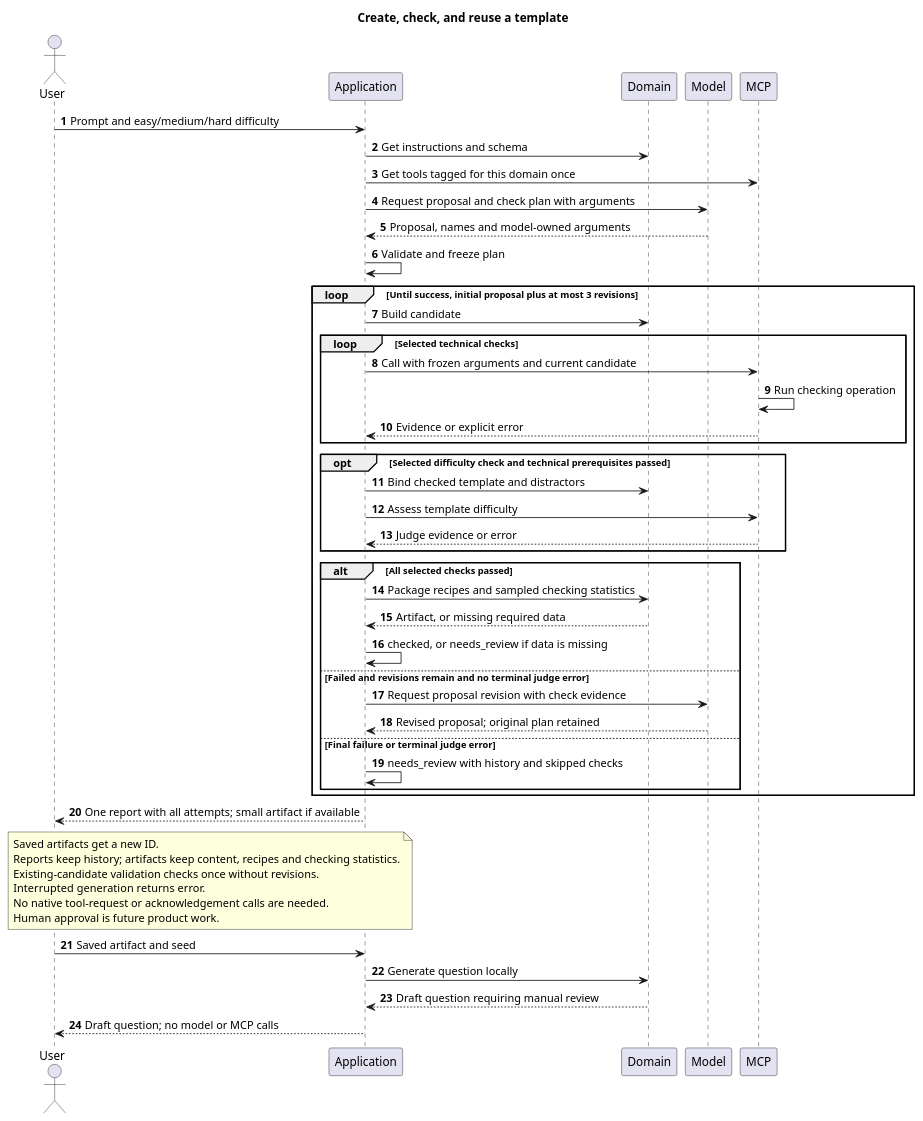
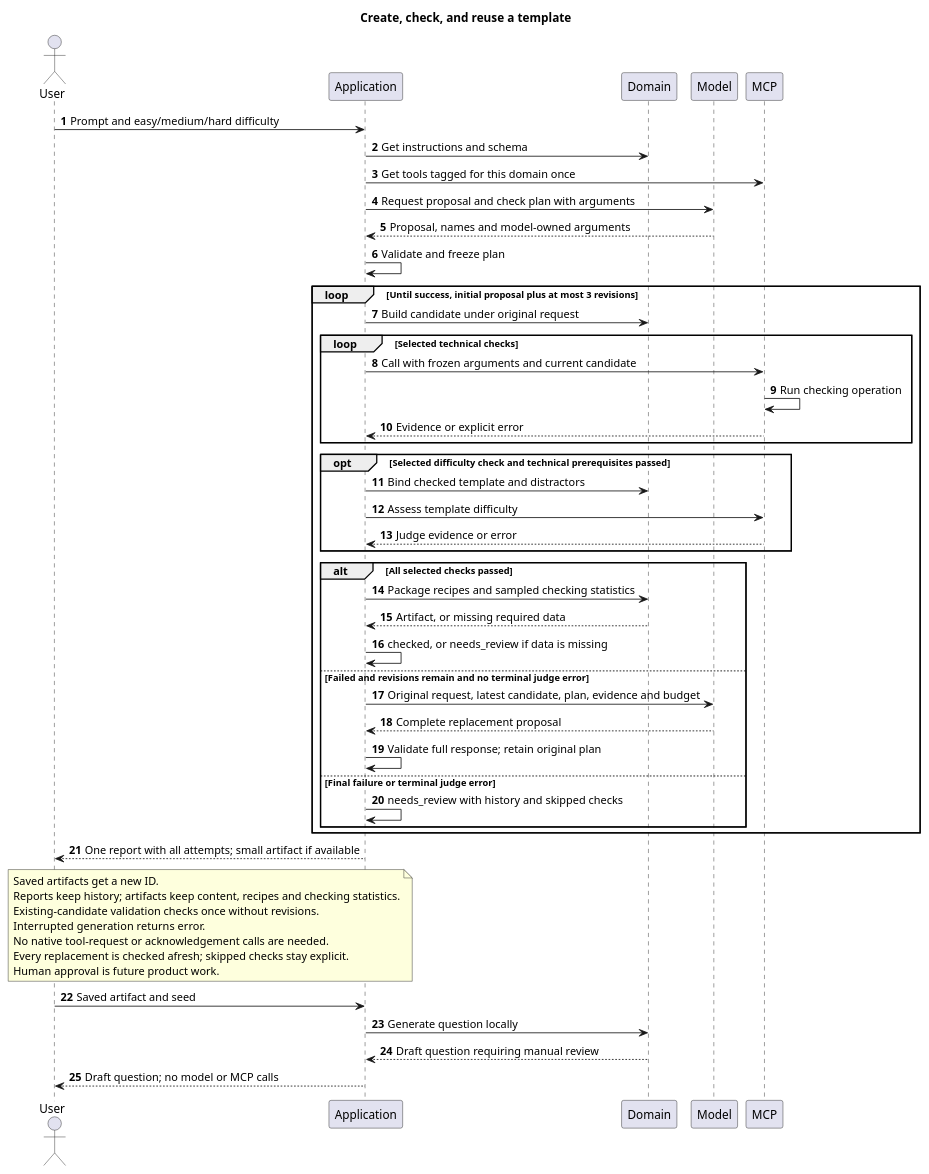
One commit to edcraft-org/ai changed the diagram in docs/question-generation/generate-template.puml. Above: the diagram before and after it, drawn with PlantUML. The commit also changed 15 other files, not shown here.

First line of the commit message:
Simplify authoring revisions to complete candidate replacements (#96)

```diff
--- a/docs/question-generation/generate-template.puml
+++ b/docs/question-generation/generate-template.puml
@@ -1,55 +1,57 @@
 @startuml TemplateGeneration
 title Create, check, and reuse a template
 autonumber
 actor User
 participant Application as App
 participant Domain
 participant Model
 participant MCP
 
 User -> App: Prompt and easy/medium/hard difficulty
 App -> Domain: Get instructions and schema
 App -> MCP: Get tools tagged for this domain once
 App -> Model: Request proposal and check plan with arguments
 Model --> App: Proposal, names and model-owned arguments
 App -> App: Validate and freeze plan
 
 loop Until success, initial proposal plus at most 3 revisions
-    App -> Domain: Build candidate
+    App -> Domain: Build candidate under original request
     loop Selected technical checks
         App -> MCP: Call with frozen arguments and current candidate
         MCP -> MCP: Run checking operation
         MCP --> App: Evidence or explicit error
     end
     opt Selected difficulty check and technical prerequisites passed
         App -> Domain: Bind checked template and distractors
         App -> MCP: Assess template difficulty
         MCP --> App: Judge evidence or error
     end
     alt All selected checks passed
         App -> Domain: Package recipes and sampled checking statistics
         Domain --> App: Artifact, or missing required data
         App -> App: checked, or needs_review if data is missing
     else Failed and revisions remain and no terminal judge error
-        App -> Model: Request proposal revision with check evidence
-        Model --> App: Revised proposal; original plan retained
+        App -> Model: Original request, latest candidate, plan, evidence and budget
+        Model --> App: Complete replacement proposal
+        App -> App: Validate full response; retain original plan
     else Final failure or terminal judge error
         App -> App: needs_review with history and skipped checks
     end
 end
 App --> User: One report with all attempts; small artifact if available
 
 note over App, User
 Saved artifacts get a new ID.
 Reports keep history; artifacts keep content, recipes and checking statistics.
 Existing-candidate validation checks once without revisions.
 Interrupted generation returns error.
 No native tool-request or acknowledgement calls are needed.
+Every replacement is checked afresh; skipped checks stay explicit.
 Human approval is future product work.
 end note
 
 User -> App: Saved artifact and seed
 App -> Domain: Generate question locally
 Domain --> App: Draft question requiring manual review
 App --> User: Draft question; no model or MCP calls
 @enduml
```
